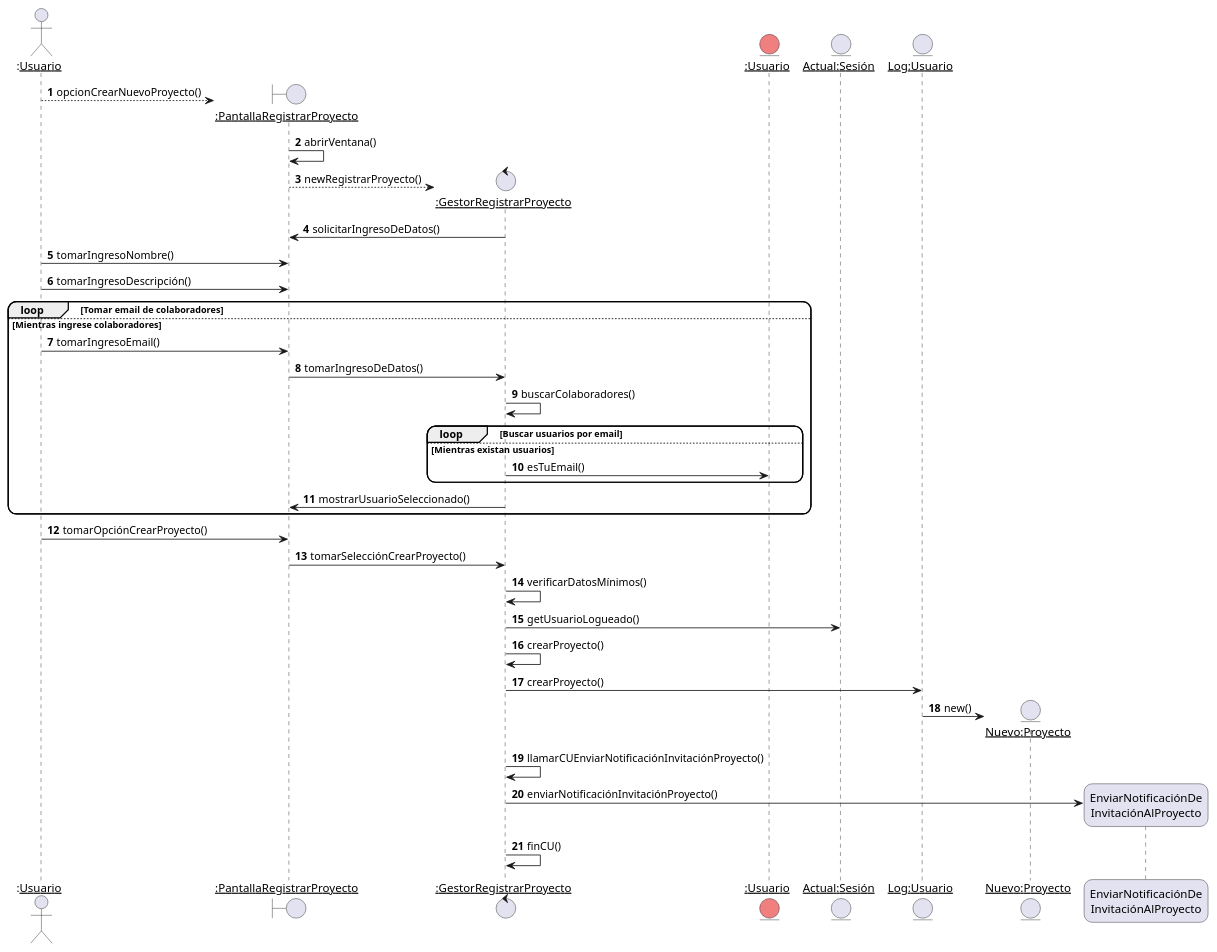
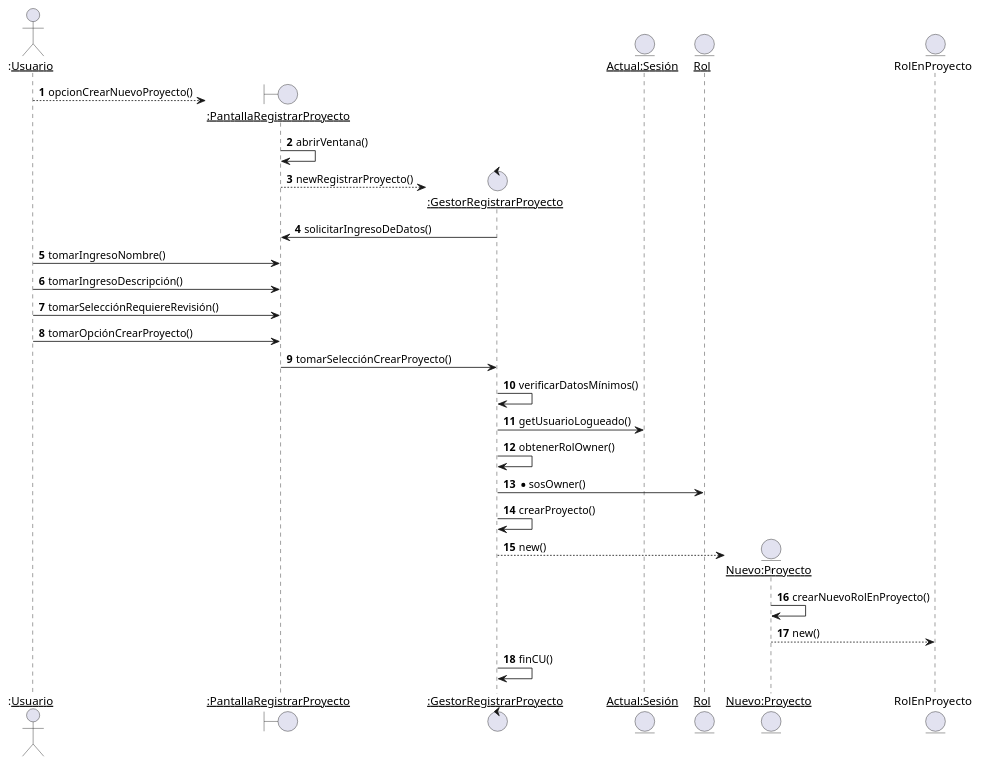
Before and after one commit to ciggyx/Task_Flow: the first of 2 diagrams in Modelado/DiagramasCU07.plantuml, drawn with PlantUML. The commit also changed other lines of this file, not shown here.

Commit message:
fix: Actualización de diagrama de clases CU07

```diff
--- a/Modelado/DiagramasCU07.plantuml
+++ b/Modelado/DiagramasCU07.plantuml
@@ -1,40 +1,32 @@
 @startuml RealizaciónCu07VistaDinámica
+' CU 07 Crear Proyecto
 skinparam roundcorner 20
 skinparam maxmessagesize 60
 autonumber
 Actor ":__Usuario__" as U
 create boundary "__:PantallaRegistrarProyecto__" as PRP
 U --> PRP : opcionCrearNuevoProyecto()
 PRP -> PRP : abrirVentana()
 create control "__:GestorRegistrarProyecto__" as GRP
 PRP --> GRP : newRegistrarProyecto()
 GRP -> PRP : solicitarIngresoDeDatos()
 U -> PRP : tomarIngresoNombre()
 U -> PRP : tomarIngresoDescripción()
-loop Tomar email de colaboradores
-else Mientras ingrese colaboradores 
-    U -> PRP : tomarIngresoEmail()
-    PRP-> GRP: tomarIngresoDeDatos()
-    GRP -> GRP : buscarColaboradores()
-    entity "__:Usuario__" as Us #LightCoral
-    loop Buscar usuarios por email
-    else Mientras existan usuarios
-        GRP -> Us : esTuEmail()
-    end
-    GRP -> PRP : mostrarUsuarioSeleccionado()
-end
+U -> PRP : tomarSelecciónRequiereRevisión()
 U -> PRP : tomarOpciónCrearProyecto()
 PRP -> GRP : tomarSelecciónCrearProyecto()
 GRP -> GRP : verificarDatosMínimos()
 entity "__Actual:Sesión__" as ASS
 GRP -> ASS : getUsuarioLogueado()
+GRP -> GRP: obtenerRolOwner()
+entity "__Rol__" as R
+GRP -> R: *sosOwner()
 GRP -> GRP : crearProyecto()
-entity "__Log:Usuario__" as LU
-GRP -> LU : crearProyecto()
 create entity "__Nuevo:Proyecto__" as NP
-LU -> NP : new()
-GRP -> GRP : llamarCUEnviarNotificaciónInvitaciónProyecto()
-create participant "EnviarNotificaciónDe\nInvitaciónAlProyecto" as ENIP
-GRP -> ENIP : enviarNotificaciónInvitaciónProyecto()
+
+GRP --> NP : new()
+NP -> NP: crearNuevoRolEnProyecto()
+entity "RolEnProyecto" as ReP
+NP --> ReP: new()
 GRP -> GRP : finCU()
 @enduml
```
